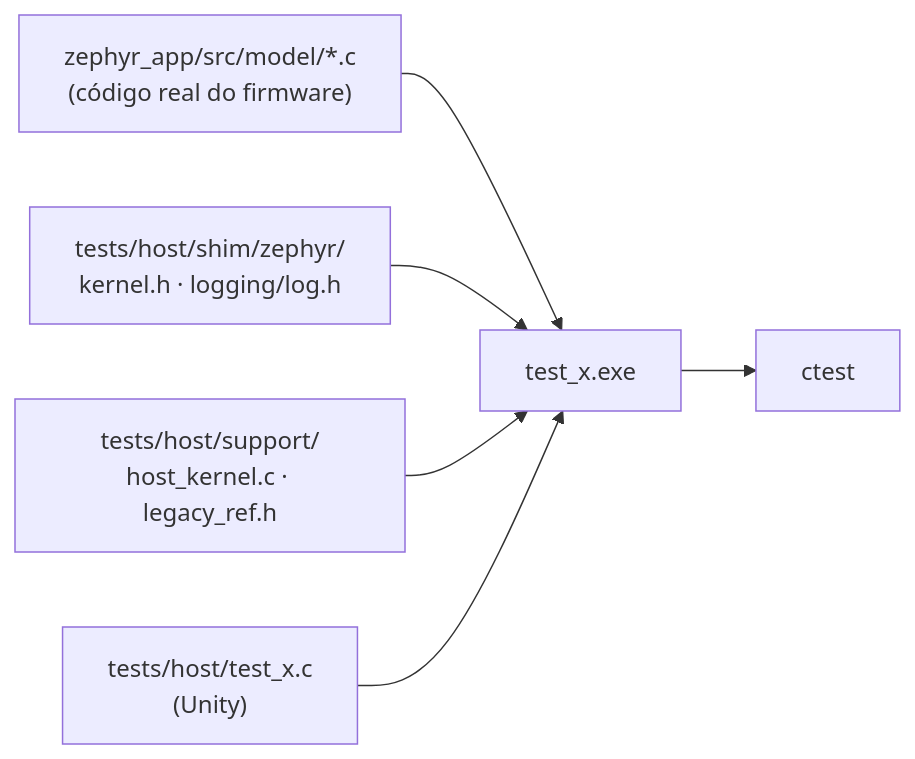
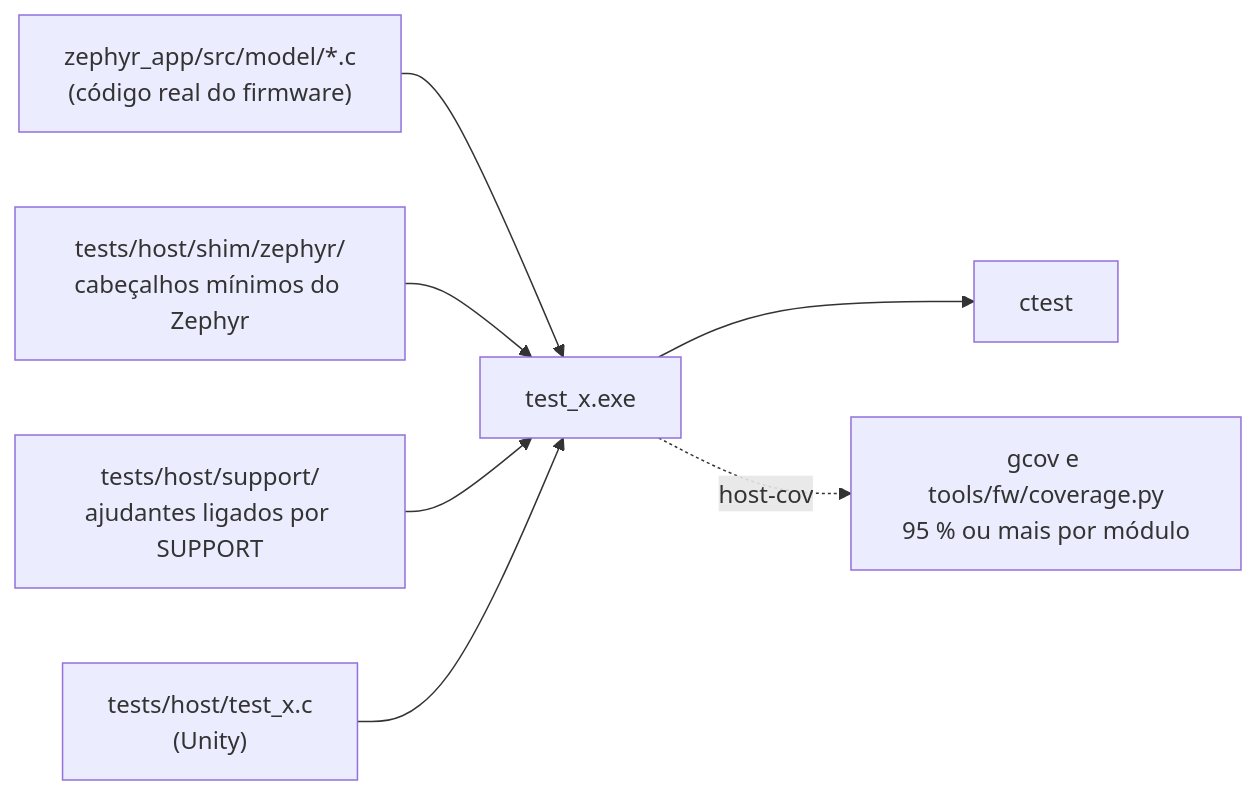
The diagram in .claude/skills/fw-testes/SKILL.md (Guiimartinho/bike-powermeter), drawn with Mermaid before and after one commit. The commit also changed other lines of this file and 12 other files, not shown here.

````diff
--- a/.claude/skills/fw-testes/SKILL.md
+++ b/.claude/skills/fw-testes/SKILL.md
@@ -37,8 +32,9 @@
 ```mermaid
 flowchart LR
     SRC["zephyr_app/src/model/*.c<br/>(código real do firmware)"] --> EXE["test_x.exe"]
-    SHIM["tests/host/shim/zephyr/<br/>kernel.h · logging/log.h"] --> EXE
-    SUP["tests/host/support/<br/>host_kernel.c · legacy_ref.h"] --> EXE
+    SHIM["tests/host/shim/zephyr/<br/>cabeçalhos mínimos do Zephyr"] --> EXE
+    SUP["tests/host/support/<br/>ajudantes ligados por SUPPORT"] --> EXE
     TEST["tests/host/test_x.c<br/>(Unity)"] --> EXE
     EXE --> CTEST["ctest"]
+    EXE -. host-cov .-> GCOV["gcov e tools/fw/coverage.py<br/>95 % ou mais por módulo"]
 ```
````
